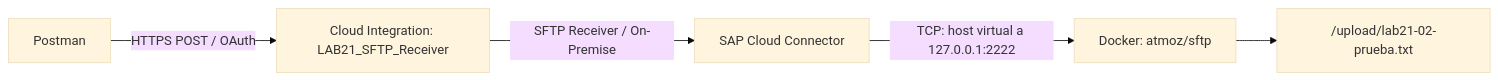
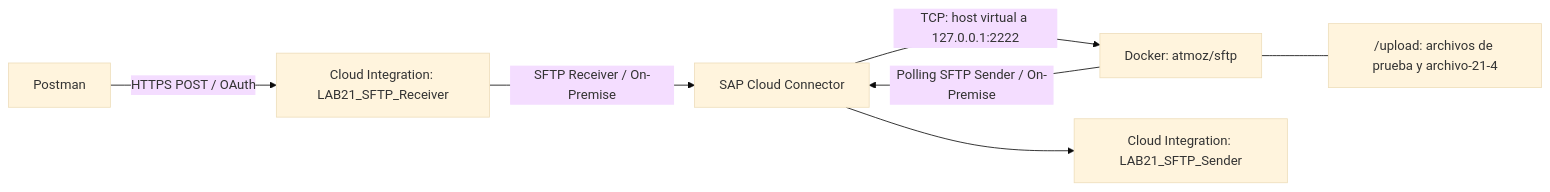
The first of 3 diagrams in docs/21-integracion-sftp-archivos.md (victorarellano/sap-integration-suite-learning-lab), drawn with Mermaid (base theme) before and after one commit. The commit also changed other lines of this file and 12 other files, not shown here.

Commit message:
docs: complete topic 21 integracion sftp y archivos

````diff
--- a/docs/21-integracion-sftp-archivos.md
+++ b/docs/21-integracion-sftp-archivos.md
@@ -24,7 +24,9 @@
 ```mermaid
 flowchart LR
-    P["Postman"] -->|"HTTPS POST / OAuth"| C["Cloud Integration: LAB21_SFTP_Receiver"]
-    C -->|"SFTP Receiver / On-Premise"| SCC["SAP Cloud Connector"]
+    P["Postman"] -->|"HTTPS POST / OAuth"| R["Cloud Integration: LAB21_SFTP_Receiver"]
+    R -->|"SFTP Receiver / On-Premise"| SCC["SAP Cloud Connector"]
     SCC -->|"TCP: host virtual a 127.0.0.1:2222"| S["Docker: atmoz/sftp"]
-    S --> F["/upload/lab21-02-prueba.txt"]
+    S -->|"Polling SFTP Sender / On-Premise"| SCC
+    SCC --> L["Cloud Integration: LAB21_SFTP_Sender"]
+    S --- F["/upload: archivos de prueba y archivo-21-4"]
 ```
````
